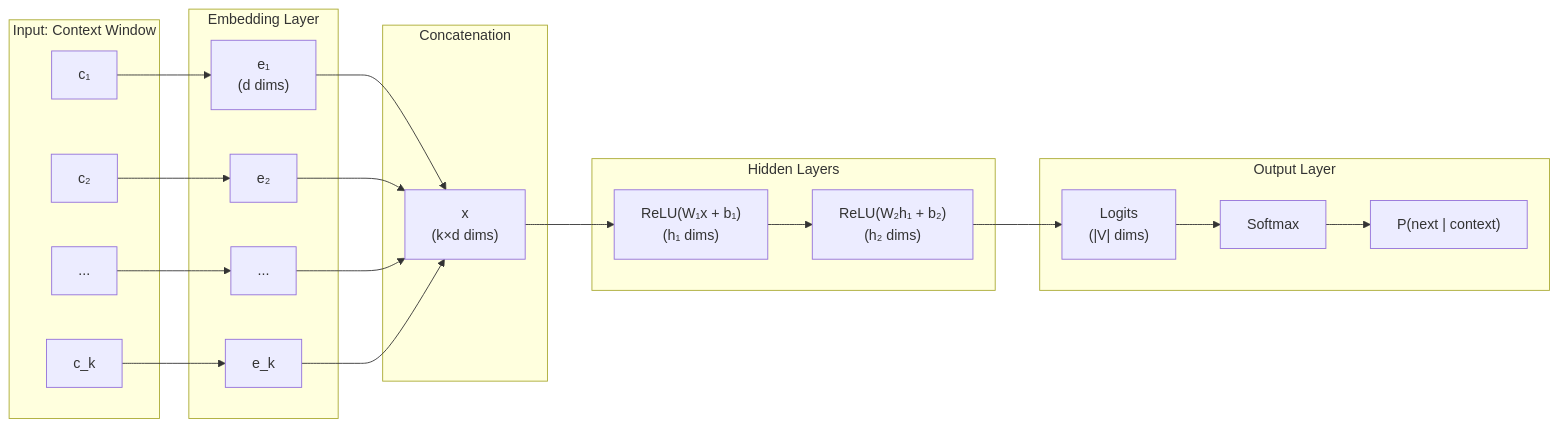
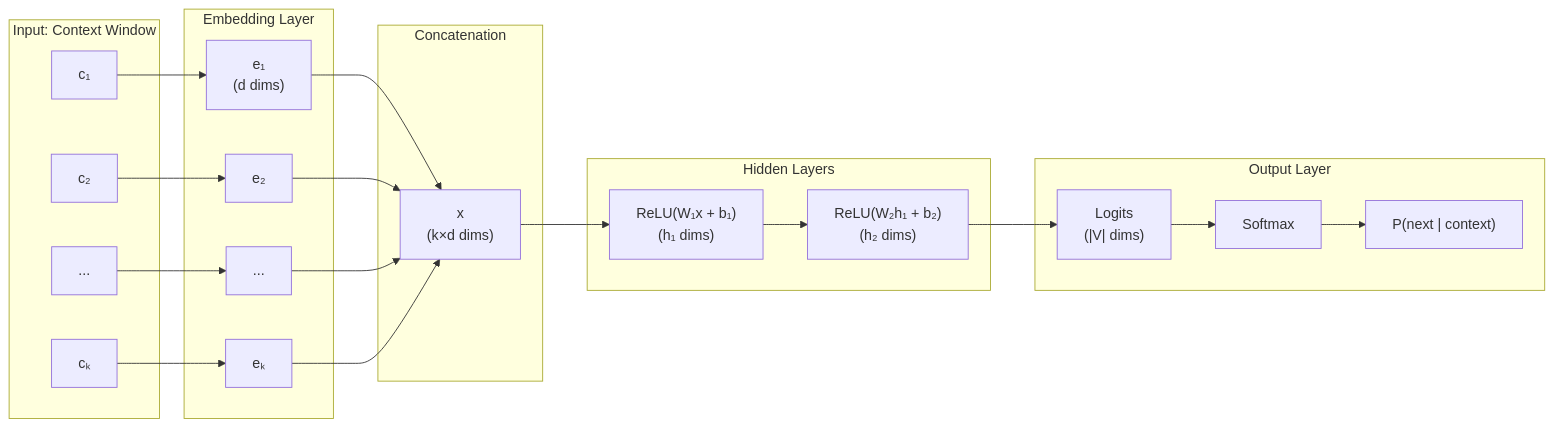
One commit to ttsugriy/llm-first-principles changed the second of 2 diagrams in docs/stages/stage-03/03-feed-forward.md. Above: the diagram before and after it, drawn with Mermaid. The commit also changed 7 other files, not shown here.

````diff
--- a/docs/stages/stage-03/03-feed-forward.md
+++ b/docs/stages/stage-03/03-feed-forward.md
@@ -310,43 +310,43 @@
 ```mermaid
 flowchart LR
     subgraph Input["Input: Context Window"]
         C1["c₁"]
         C2["c₂"]
         C3["..."]
-        C4["c_k"]
+        C4["cₖ"]
     end
 
     subgraph Embed["Embedding Layer"]
         E1["e₁<br/>(d dims)"]
         E2["e₂"]
         E3["..."]
-        E4["e_k"]
+        E4["eₖ"]
     end
 
     subgraph Concat["Concatenation"]
         X["x<br/>(k×d dims)"]
     end
 
     subgraph Hidden["Hidden Layers"]
         H1["ReLU(W₁x + b₁)<br/>(h₁ dims)"]
         H2["ReLU(W₂h₁ + b₂)<br/>(h₂ dims)"]
     end
 
     subgraph Output["Output Layer"]
         L["Logits<br/>(|V| dims)"]
         S["Softmax"]
         P["P(next | context)"]
     end
 
     C1 --> E1
     C2 --> E2
     C3 --> E3
     C4 --> E4
 
     E1 --> X
     E2 --> X
     E3 --> X
     E4 --> X
 
     X --> H1 --> H2 --> L --> S --> P
 ```
````
